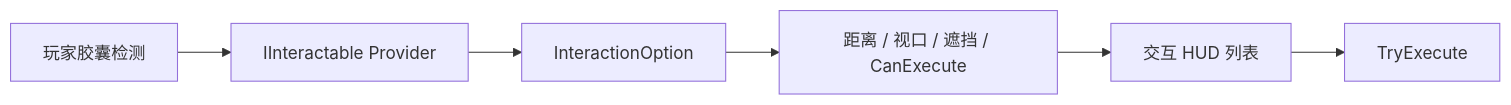
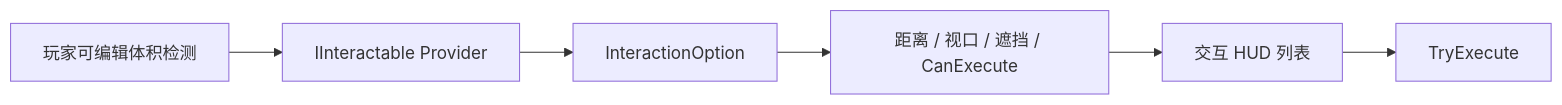
Before and after one commit to Whitesheeeep/3DRPG: the first of 2 diagrams in Assets/Scripts/InteractionSystem/ReadMe.md, drawn with Mermaid. The commit also changed other lines of this file and 2276 other files, not shown here.

````diff
--- a/Assets/Scripts/InteractionSystem/ReadMe.md
+++ b/Assets/Scripts/InteractionSystem/ReadMe.md
@@ -5,8 +5,8 @@
 ```mermaid
 flowchart LR
-    Detector[玩家胶囊检测] --> Provider[IInteractable Provider]
+    Detector[玩家可编辑体积检测] --> Provider[IInteractable Provider]
     Provider --> Option[InteractionOption]
     Option --> Filter[距离 / 视口 / 遮挡 / CanExecute]
     Filter --> UI[交互 HUD 列表]
     UI --> Execute[TryExecute]
 ```
````
